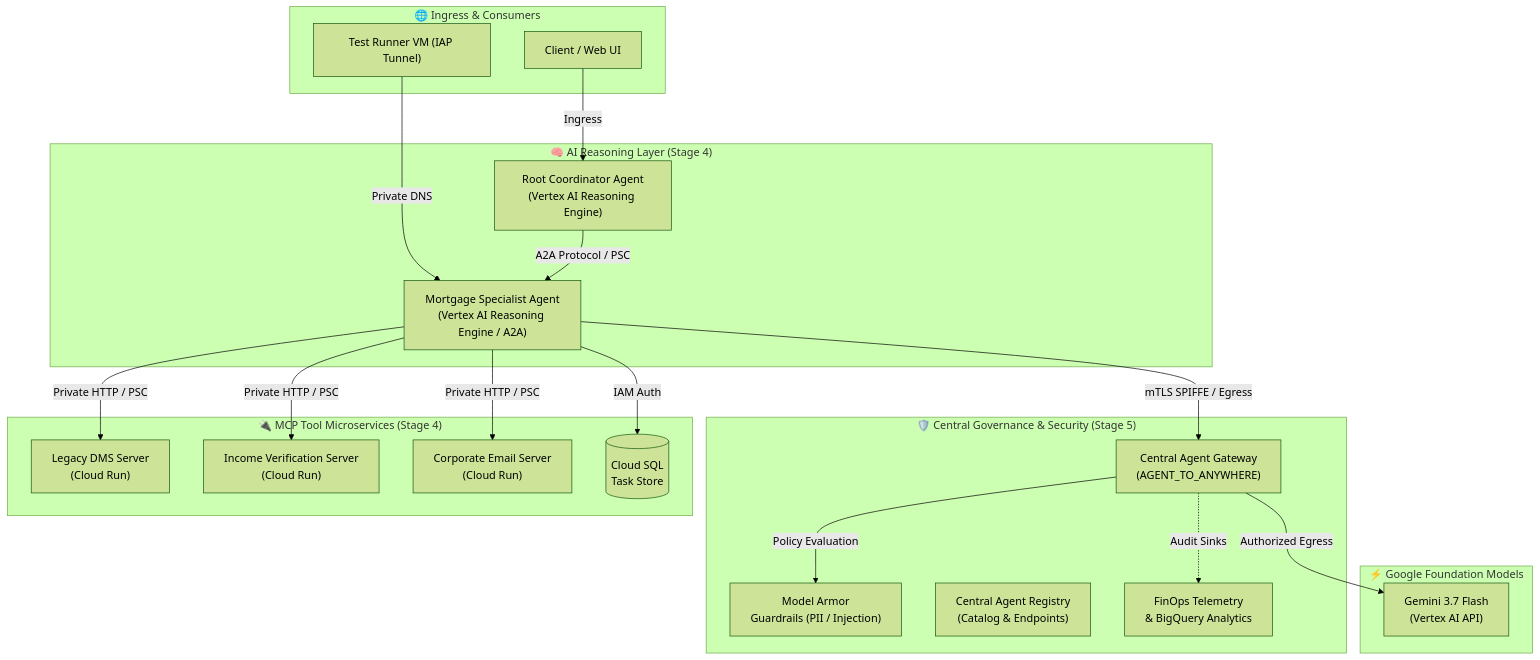
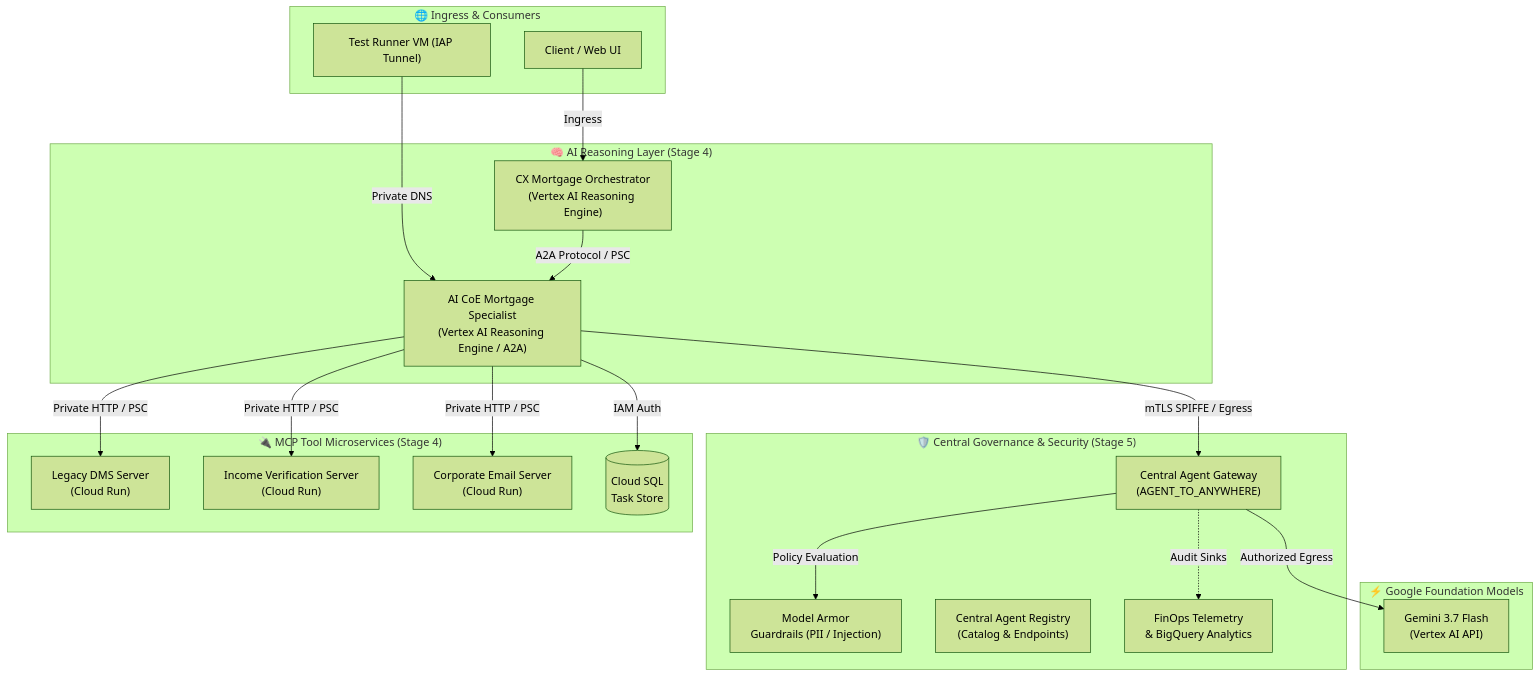
The diagram in README.md (google/esmeralda), drawn with Mermaid (forest theme) before and after one commit. The commit also changed 184 other files, not shown here.

````diff
--- a/README.md
+++ b/README.md
@@ -53,42 +53,42 @@
 ```mermaid
 flowchart TD
     subgraph Clients["🌐 Ingress & Consumers"]
         User["Client / Web UI"]
         TestVM["Test Runner VM (IAP Tunnel)"]
     end
 
     subgraph Governance["🛡️ Central Governance & Security (Stage 5)"]
         AGW["Central Agent Gateway\n(AGENT_TO_ANYWHERE)"]
         MA["Model Armor\nGuardrails (PII / Injection)"]
         AR["Central Agent Registry\n(Catalog & Endpoints)"]
         FinOps["FinOps Telemetry\n& BigQuery Analytics"]
     end
 
     subgraph Agents["🧠 AI Reasoning Layer (Stage 4)"]
-        RootAgent["Root Coordinator Agent\n(Vertex AI Reasoning Engine)"]
-        A2AAgent["Mortgage Specialist Agent\n(Vertex AI Reasoning Engine / A2A)"]
+        RootAgent["CX Mortgage Orchestrator\n(Vertex AI Reasoning Engine)"]
+        A2AAgent["AI CoE Mortgage Specialist\n(Vertex AI Reasoning Engine / A2A)"]
     end
 
     subgraph Tools["🔌 MCP Tool Microservices (Stage 4)"]
         DMS["Legacy DMS Server\n(Cloud Run)"]
         Income["Income Verification Server\n(Cloud Run)"]
         Email["Corporate Email Server\n(Cloud Run)"]
         TaskDB[("Cloud SQL\nTask Store")]
     end
 
     subgraph Models["⚡ Google Foundation Models"]
         Gemini["Gemini 3.7 Flash\n(Vertex AI API)"]
     end
 
     User -->|Ingress| RootAgent
     TestVM -->|Private DNS| A2AAgent
     RootAgent -->|A2A Protocol / PSC| A2AAgent
     A2AAgent -->|mTLS SPIFFE / Egress| AGW
     AGW -->|Policy Evaluation| MA
     AGW -->|Authorized Egress| Gemini
     A2AAgent -->|Private HTTP / PSC| DMS
     A2AAgent -->|Private HTTP / PSC| Income
     A2AAgent -->|Private HTTP / PSC| Email
     A2AAgent -->|IAM Auth| TaskDB
     AGW -.->|Audit Sinks| FinOps
 ```
````
